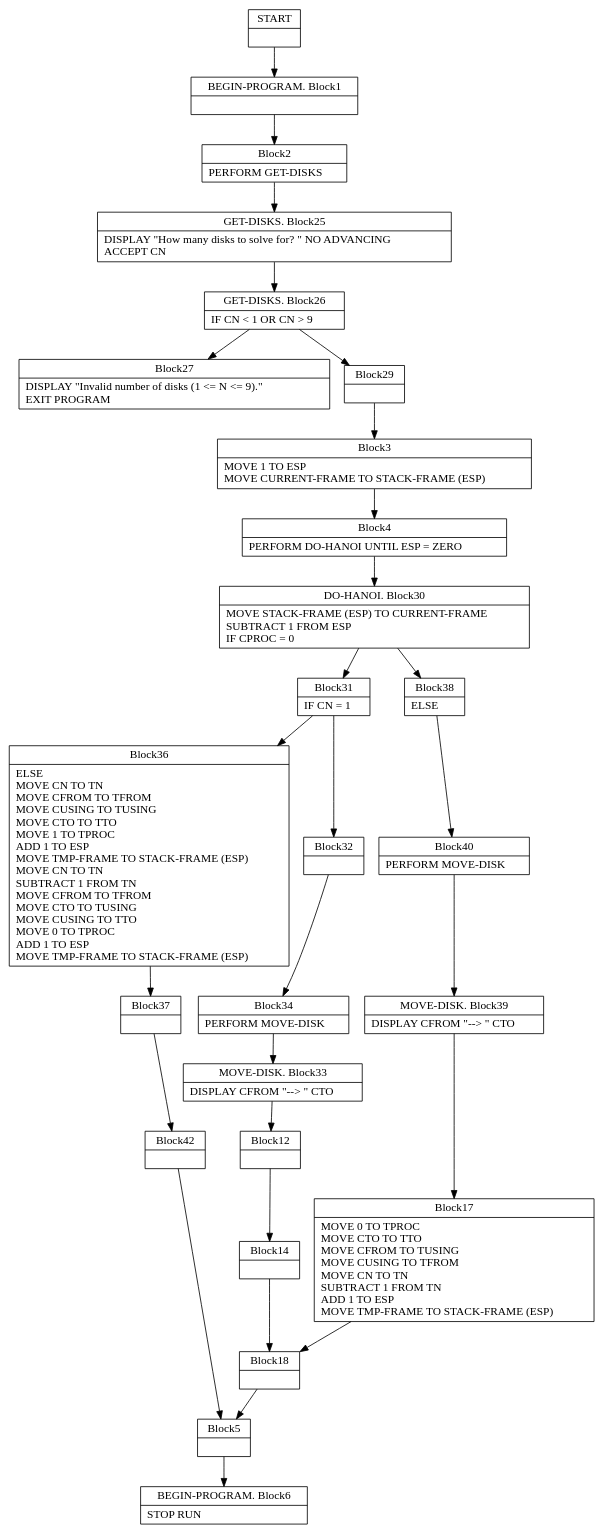
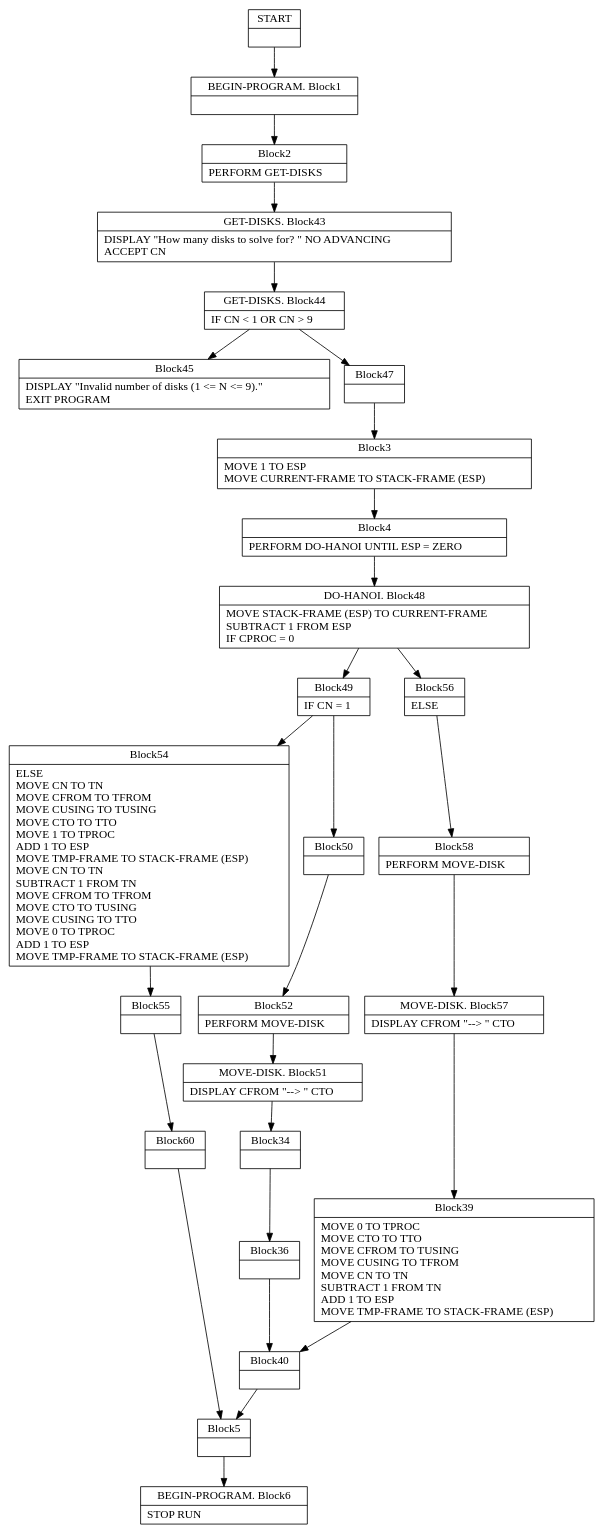
One commit to TypeCobolTeam/TypeCobol changed the diagram in TypeCobol.Analysis.Test/DotOutput/CfgPrograms/HanoiPrg.dot. Above: the diagram before and after it, drawn with Graphviz. The commit also changed 3 other files, not shown here.

```diff
--- a/TypeCobol.Analysis.Test/DotOutput/CfgPrograms/HanoiPrg.dot
+++ b/TypeCobol.Analysis.Test/DotOutput/CfgPrograms/HanoiPrg.dot
@@ -1,116 +1,116 @@
 digraph Cfg {
 compound=true;
 node [
 shape = "record"
 ]
 
 edge [
 arrowtail = "empty"
 ]
 Block0 [
 label = "{START|}"
 ]
 Block1 [
 label = "{BEGIN-PROGRAM. Block1|}"
 ]
 Block2 [
 label = "{Block2|    PERFORM GET-DISKS\l}"
 ]
-Block25 [
-label = "{GET-DISKS. Block25|    DISPLAY \"How many disks to solve for? \" NO ADVANCING\l    ACCEPT CN\l}"
+Block43 [
+label = "{GET-DISKS. Block43|    DISPLAY \"How many disks to solve for? \" NO ADVANCING\l    ACCEPT CN\l}"
 ]
-Block26 [
-label = "{GET-DISKS. Block26|    IF CN \< 1 OR CN \> 9\l}"
+Block44 [
+label = "{GET-DISKS. Block44|    IF CN \< 1 OR CN \> 9\l}"
 ]
-Block27 [
-label = "{Block27|        DISPLAY \"Invalid number of disks (1 \<= N \<= 9).\"\l        EXIT PROGRAM\l}"
+Block45 [
+label = "{Block45|        DISPLAY \"Invalid number of disks (1 \<= N \<= 9).\"\l        EXIT PROGRAM\l}"
 ]
-Block29 [
-label = "{Block29|}"
+Block47 [
+label = "{Block47|}"
 ]
 Block3 [
 label = "{Block3|    MOVE 1 TO ESP\l    MOVE CURRENT-FRAME TO STACK-FRAME (ESP)\l}"
 ]
 Block4 [
 label = "{Block4|    PERFORM DO-HANOI            UNTIL ESP = ZERO\l}"
 ]
-Block30 [
-label = "{DO-HANOI. Block30|    MOVE STACK-FRAME (ESP) TO CURRENT-FRAME\l    SUBTRACT 1 FROM ESP\l    IF CPROC = 0\l}"
+Block48 [
+label = "{DO-HANOI. Block48|    MOVE STACK-FRAME (ESP) TO CURRENT-FRAME\l    SUBTRACT 1 FROM ESP\l    IF CPROC = 0\l}"
 ]
-Block31 [
-label = "{Block31|        IF CN = 1\l}"
+Block49 [
+label = "{Block49|        IF CN = 1\l}"
 ]
-Block32 [
-label = "{Block32|}"
+Block50 [
+label = "{Block50|}"
+]
+Block52 [
+label = "{Block52|            PERFORM MOVE-DISK\l}"
+]
+Block51 [
+label = "{MOVE-DISK. Block51|        DISPLAY CFROM          \"--\> \"          CTO\l}"
 ]
 Block34 [
-label = "{Block34|            PERFORM MOVE-DISK\l}"
+label = "{Block34|}"
 ]
-Block33 [
-label = "{MOVE-DISK. Block33|        DISPLAY CFROM          \"--\> \"          CTO\l}"
+Block36 [
+label = "{Block36|}"
 ]
-Block12 [
-label = "{Block12|}"
-]
-Block14 [
-label = "{Block14|}"
-]
-Block18 [
-label = "{Block18|}"
+Block40 [
+label = "{Block40|}"
 ]
 Block5 [
 label = "{Block5|}"
 ]
 Block6 [
 label = "{BEGIN-PROGRAM. Block6|    STOP RUN\l}"
 ]
-Block36 [
-label = "{Block36|        ELSE\l            MOVE CN TO TN\l            MOVE CFROM TO TFROM\l            MOVE CUSING TO TUSING\l            MOVE CTO TO TTO\l            MOVE 1 TO TPROC\l            ADD 1 TO ESP\l            MOVE TMP-FRAME TO STACK-FRAME (ESP)\l            MOVE CN TO TN\l            SUBTRACT 1 FROM TN\l            MOVE CFROM TO TFROM\l            MOVE CTO TO TUSING\l            MOVE CUSING TO TTO\l            MOVE 0 TO TPROC\l            ADD 1 TO ESP\l            MOVE TMP-FRAME TO STACK-FRAME (ESP)\l}"
+Block54 [
+label = "{Block54|        ELSE\l            MOVE CN TO TN\l            MOVE CFROM TO TFROM\l            MOVE CUSING TO TUSING\l            MOVE CTO TO TTO\l            MOVE 1 TO TPROC\l            ADD 1 TO ESP\l            MOVE TMP-FRAME TO STACK-FRAME (ESP)\l            MOVE CN TO TN\l            SUBTRACT 1 FROM TN\l            MOVE CFROM TO TFROM\l            MOVE CTO TO TUSING\l            MOVE CUSING TO TTO\l            MOVE 0 TO TPROC\l            ADD 1 TO ESP\l            MOVE TMP-FRAME TO STACK-FRAME (ESP)\l}"
 ]
-Block37 [
-label = "{Block37|}"
+Block55 [
+label = "{Block55|}"
 ]
-Block42 [
-label = "{Block42|}"
+Block60 [
+label = "{Block60|}"
 ]
-Block38 [
-label = "{Block38|    ELSE\l}"
+Block56 [
+label = "{Block56|    ELSE\l}"
 ]
-Block40 [
-label = "{Block40|        PERFORM MOVE-DISK\l}"
+Block58 [
+label = "{Block58|        PERFORM MOVE-DISK\l}"
+]
+Block57 [
+label = "{MOVE-DISK. Block57|        DISPLAY CFROM          \"--\> \"          CTO\l}"
 ]
 Block39 [
-label = "{MOVE-DISK. Block39|        DISPLAY CFROM          \"--\> \"          CTO\l}"
-]
-Block17 [
-label = "{Block17|        MOVE 0 TO TPROC\l        MOVE CTO TO TTO\l        MOVE CFROM TO TUSING\l        MOVE CUSING TO TFROM\l        MOVE CN TO TN\l        SUBTRACT 1 FROM TN\l        ADD 1 TO ESP\l        MOVE TMP-FRAME TO STACK-FRAME (ESP)\l}"
+label = "{Block39|        MOVE 0 TO TPROC\l        MOVE CTO TO TTO\l        MOVE CFROM TO TUSING\l        MOVE CUSING TO TFROM\l        MOVE CN TO TN\l        SUBTRACT 1 FROM TN\l        ADD 1 TO ESP\l        MOVE TMP-FRAME TO STACK-FRAME (ESP)\l}"
 ]
 Block0 -> Block1
 Block1 -> Block2
-Block2 -> Block25
-Block25 -> Block26
-Block26 -> Block27
-Block26 -> Block29
-Block29 -> Block3
+Block2 -> Block43
+Block43 -> Block44
+Block44 -> Block45
+Block44 -> Block47
+Block47 -> Block3
 Block3 -> Block4
-Block4 -> Block30
-Block30 -> Block31
-Block30 -> Block38
-Block31 -> Block32
-Block31 -> Block36
-Block32 -> Block34
-Block34 -> Block33
-Block33 -> Block12
-Block12 -> Block14
-Block14 -> Block18
-Block18 -> Block5
+Block4 -> Block48
+Block48 -> Block49
+Block48 -> Block56
+Block49 -> Block50
+Block49 -> Block54
+Block50 -> Block52
+Block52 -> Block51
+Block51 -> Block34
+Block34 -> Block36
+Block36 -> Block40
+Block40 -> Block5
 Block5 -> Block6
-Block36 -> Block37
-Block37 -> Block42
-Block42 -> Block5
-Block38 -> Block40
-Block40 -> Block39
-Block39 -> Block17
-Block17 -> Block18
+Block54 -> Block55
+Block55 -> Block60
+Block60 -> Block5
+Block56 -> Block58
+Block58 -> Block57
+Block57 -> Block39
+Block39 -> Block40
 
 }
```
